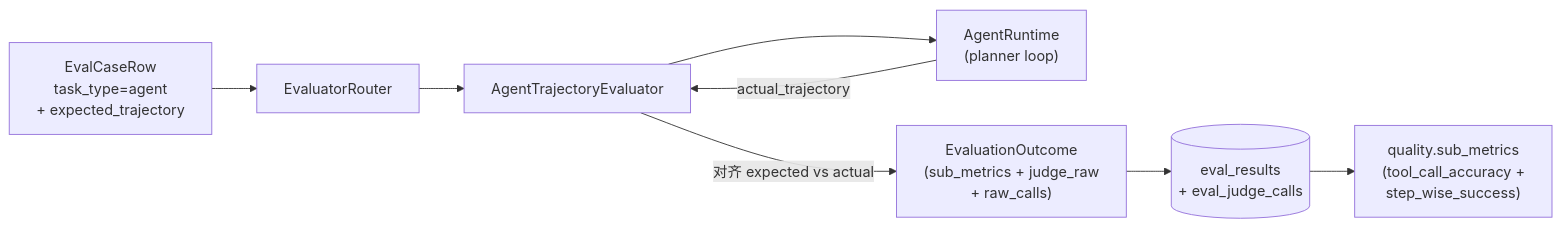
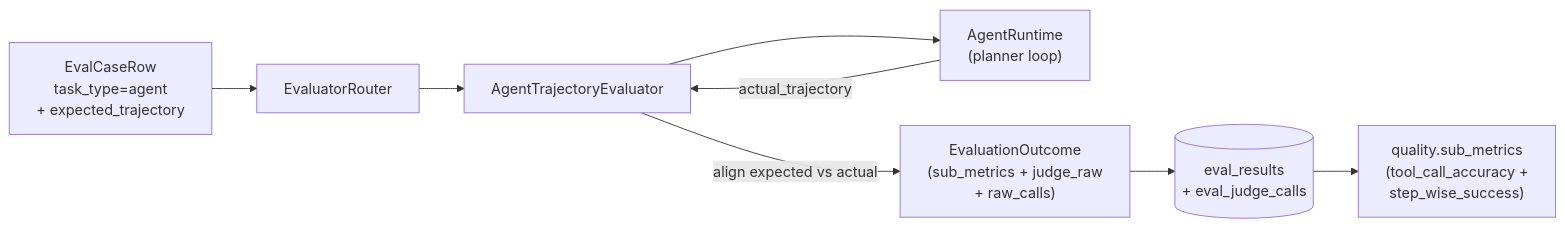
The first of 3 diagrams in docs/PHASE_9_PLAN.md (AndyUneducated/eval-gate), drawn with Mermaid before and after one commit. The commit also changed other lines of this file and 22 other files, not shown here.

````diff
--- a/docs/PHASE_9_PLAN.md
+++ b/docs/PHASE_9_PLAN.md
@@ -11,14 +11,14 @@
 ```mermaid
 flowchart LR
   Case["EvalCaseRow<br/>task_type=agent<br/>+ expected_trajectory"]
   Router["EvaluatorRouter"]
   AgentEval["AgentTrajectoryEvaluator"]
   Runtime["AgentRuntime<br/>(planner loop)"]
   Outcome["EvaluationOutcome<br/>(sub_metrics + judge_raw<br/>+ raw_calls)"]
   DB[("eval_results<br/>+ eval_judge_calls")]
   Gate["quality.sub_metrics<br/>(tool_call_accuracy +<br/>step_wise_success)"]
 
   Case --> Router --> AgentEval --> Runtime
   Runtime -->|"actual_trajectory"| AgentEval
-  AgentEval -->|"对齐 expected vs actual"| Outcome --> DB --> Gate
+  AgentEval -->|"align expected vs actual"| Outcome --> DB --> Gate
 ```
````
